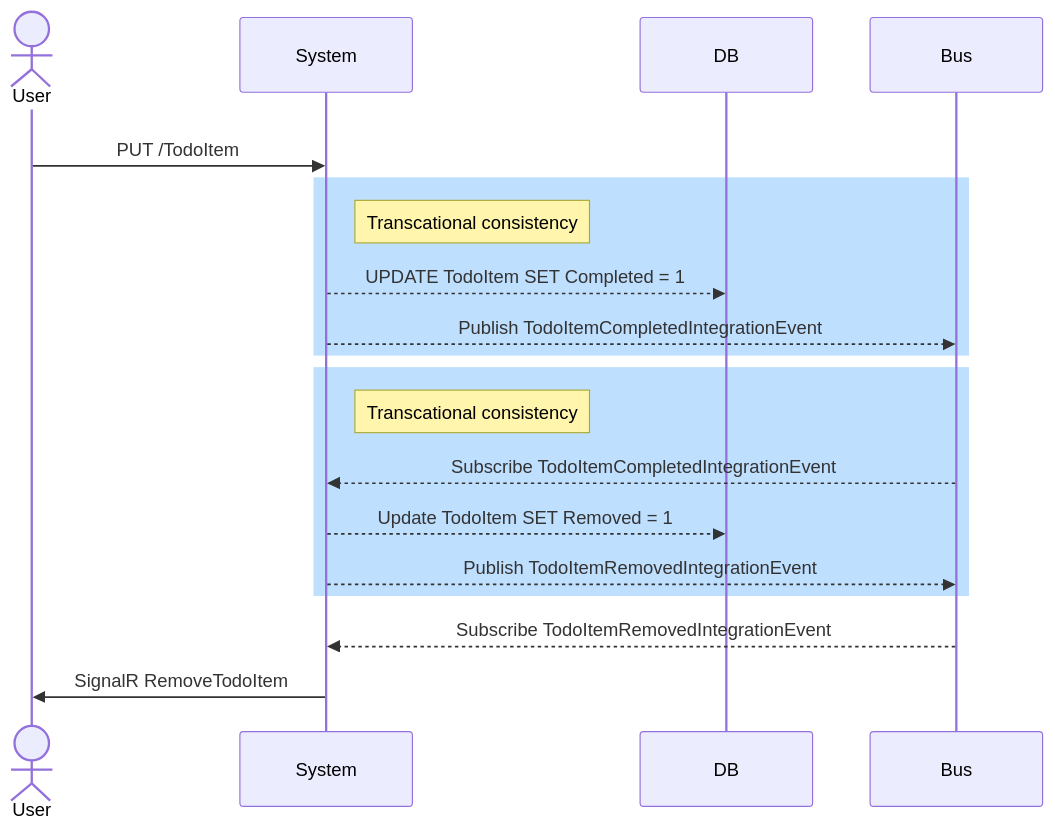
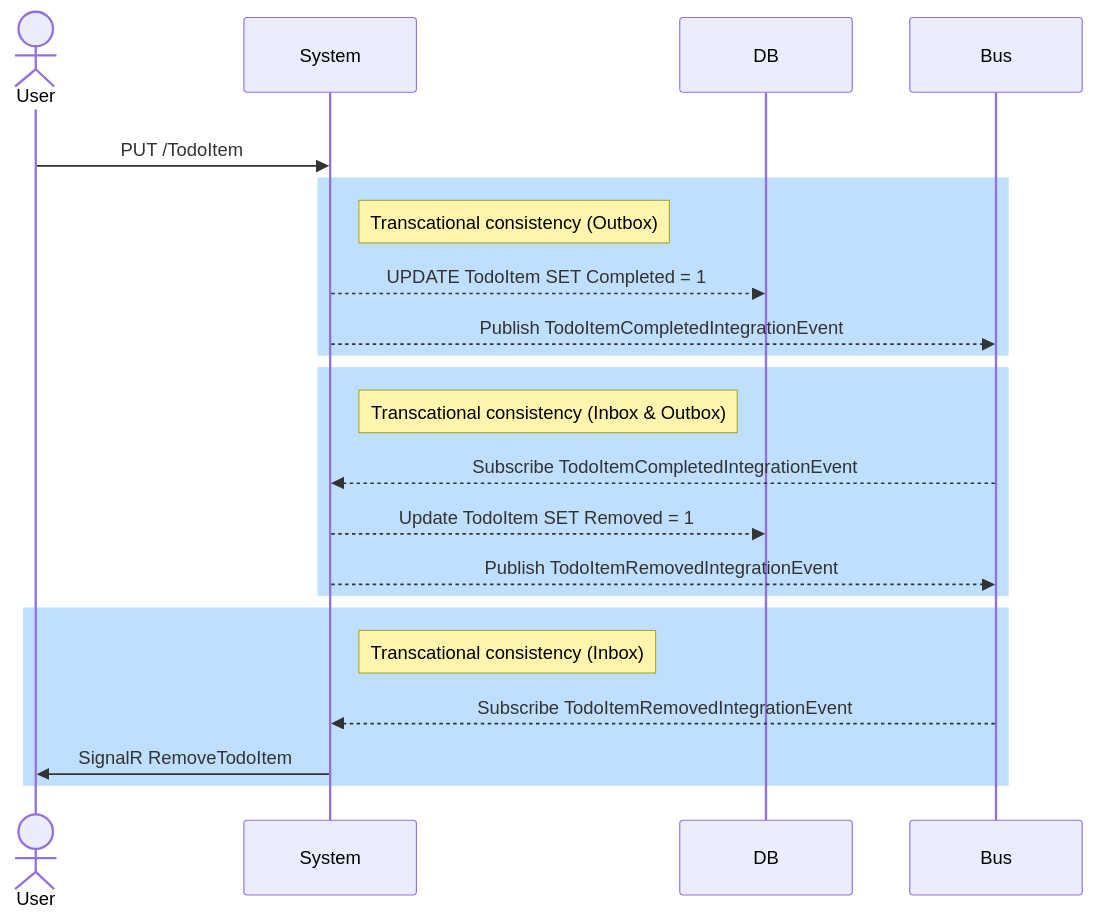
Before and after one commit to Cogax/ScsTemplate: the diagram in doc/UC_CompleteTodoItem.mmd, drawn with Mermaid. The commit also changed 5 other files, not shown here.

Commit message:
Update Diagramms

```diff
--- a/doc/UC_CompleteTodoItem.mmd
+++ b/doc/UC_CompleteTodoItem.mmd
@@ -1,21 +1,24 @@
 sequenceDiagram
     rect rgb(255, 255, 255)
     actor User
     participant System
     participant DB
     participant Bus
     User->>System: PUT /TodoItem
     rect rgb(191, 223, 255)
-    note right of System: Transcational consistency
+    note right of System: Transcational consistency (Outbox)
     System-->>DB: UPDATE TodoItem SET Completed = 1
     System-->>Bus: Publish TodoItemCompletedIntegrationEvent
     end
     rect rgb(191, 223, 255)
-    note right of System: Transcational consistency
+    note right of System: Transcational consistency (Inbox & Outbox)
     Bus-->>System: Subscribe TodoItemCompletedIntegrationEvent
     System-->>DB: Update TodoItem SET Removed = 1
     System-->>Bus: Publish TodoItemRemovedIntegrationEvent
     end
+    rect rgb(191, 223, 255)
+    note right of System: Transcational consistency (Inbox)
     Bus-->>System: Subscribe TodoItemRemovedIntegrationEvent
     System->>User: SignalR RemoveTodoItem
     end
+    end
```
